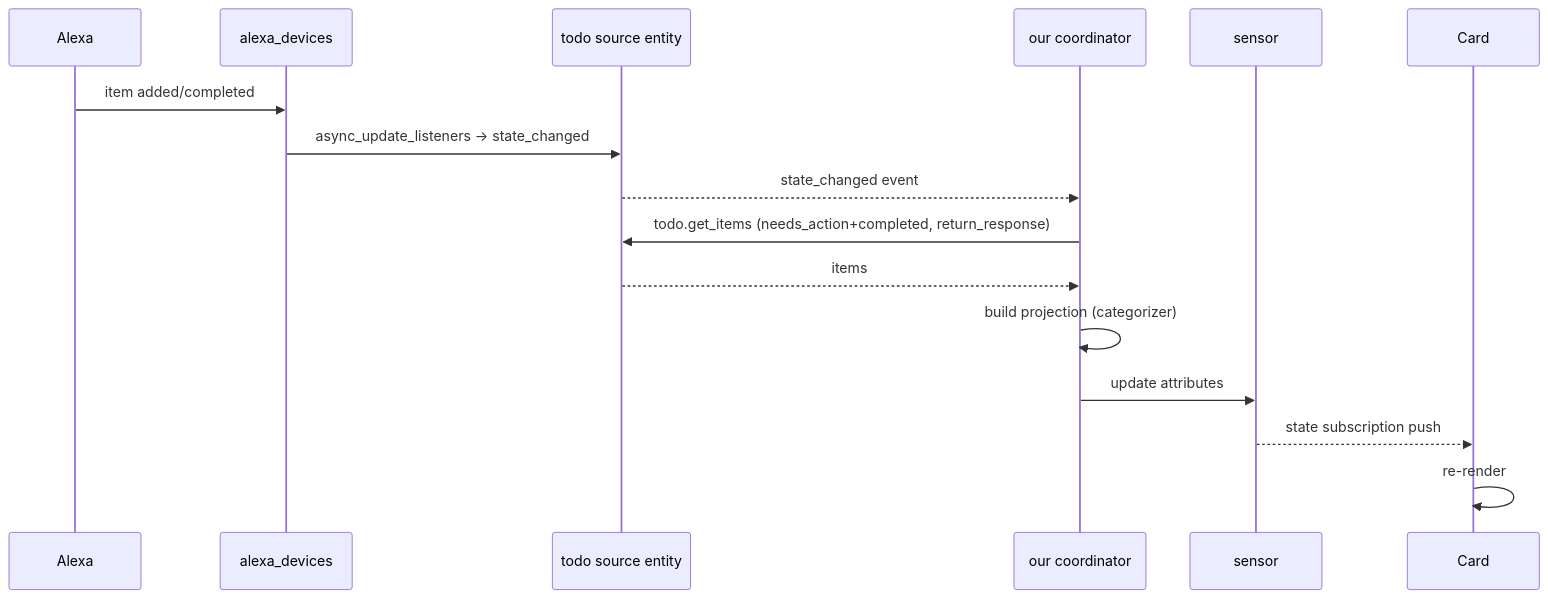
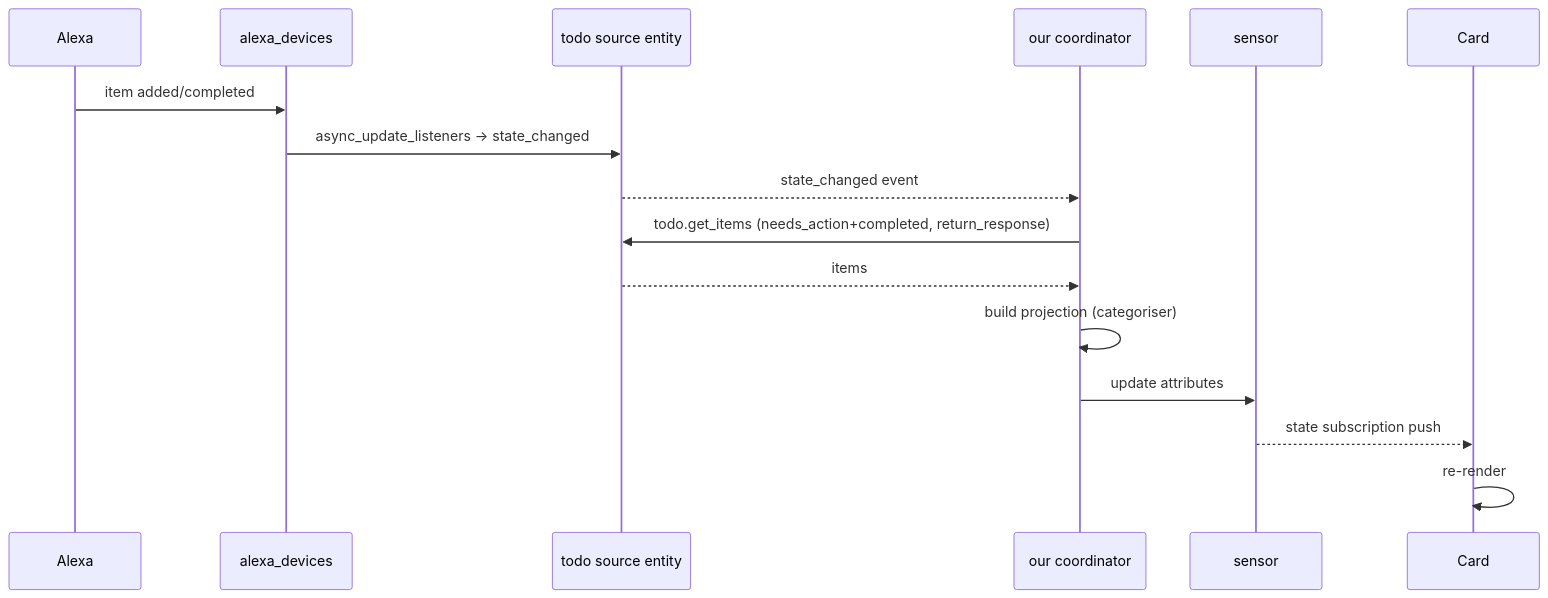
The first of 2 diagrams in docs/plans/08-update-and-sync-strategy.md (TIA568B/HAShoppingList), drawn with Mermaid before and after one commit. The commit also changed 47 other files, not shown here.

````diff
--- a/docs/plans/08-update-and-sync-strategy.md
+++ b/docs/plans/08-update-and-sync-strategy.md
@@ -27,18 +27,18 @@
 ```mermaid
 sequenceDiagram
     participant Alexa
     participant AD as alexa_devices
     participant SRC as todo source entity
     participant CO as our coordinator
     participant SEN as sensor
     participant Card
     Alexa->>AD: item added/completed
     AD->>SRC: async_update_listeners -> state_changed
     SRC-->>CO: state_changed event
     CO->>SRC: todo.get_items (needs_action+completed, return_response)
     SRC-->>CO: items
-    CO->>CO: build projection (categorizer)
+    CO->>CO: build projection (categoriser)
     CO->>SEN: update attributes
     SEN-->>Card: state subscription push
     Card->>Card: re-render
 ```
````
